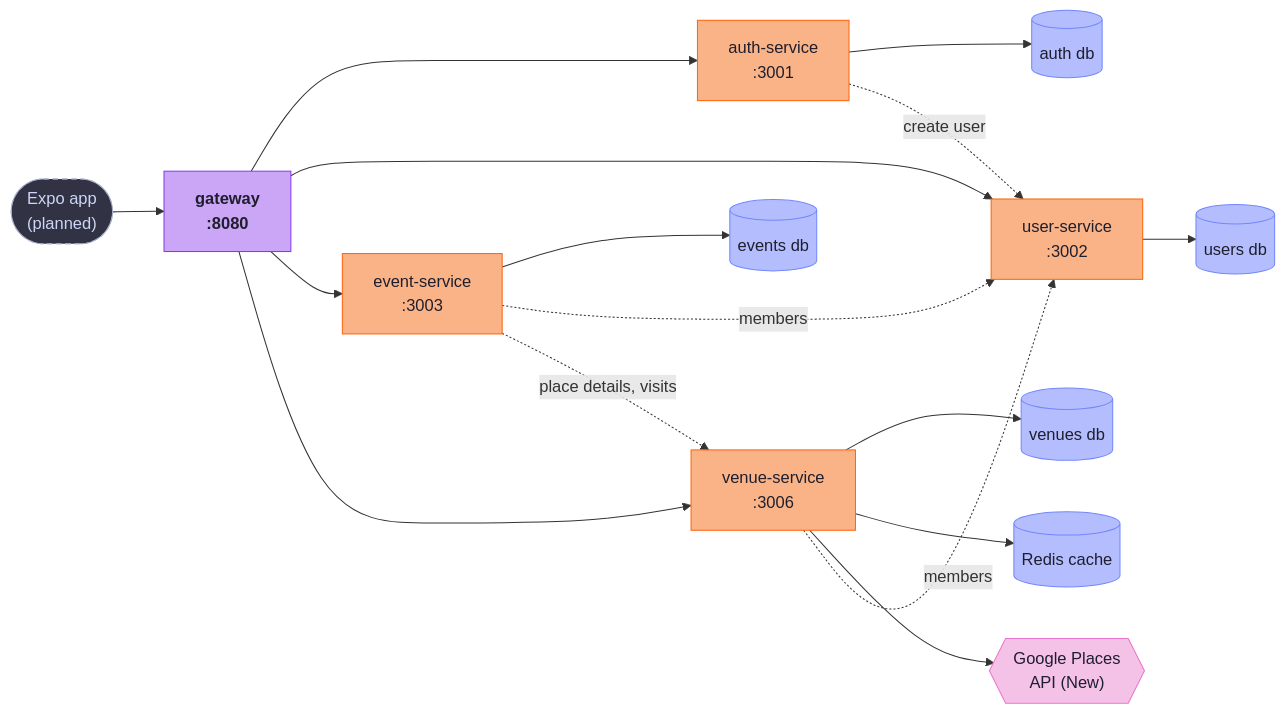
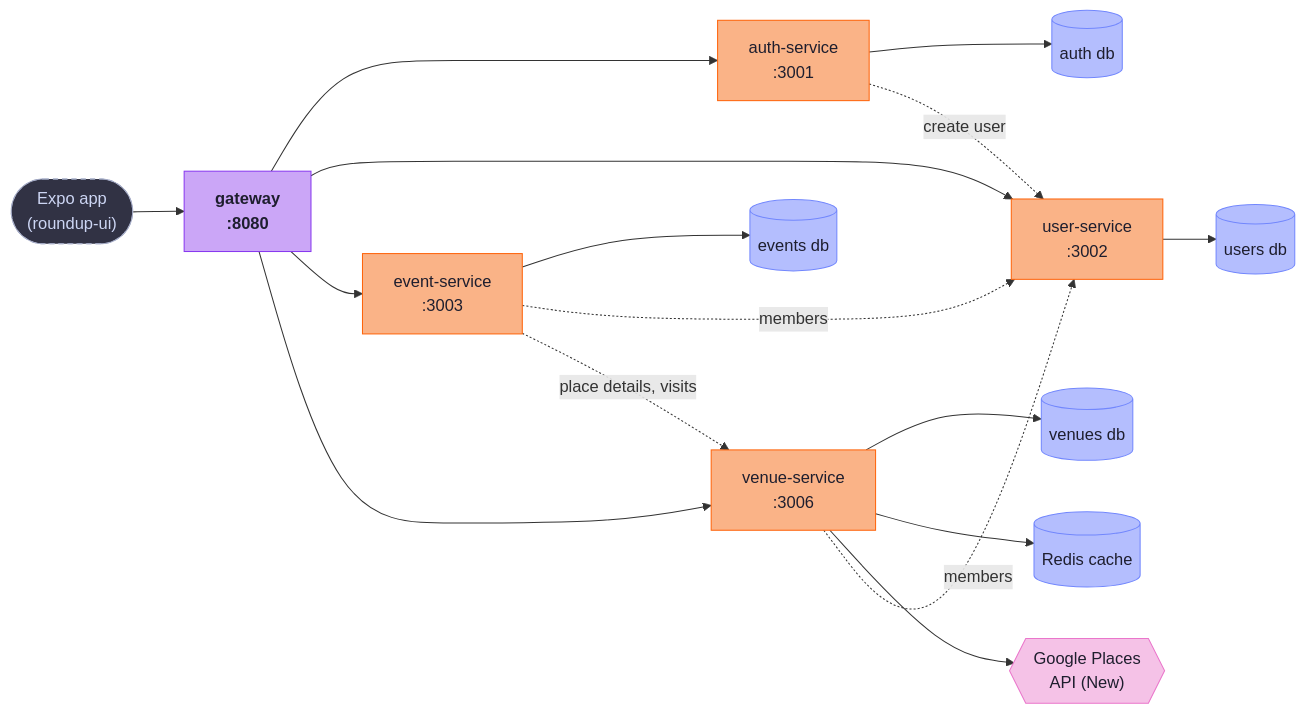
Before and after one commit to SamPariat/roundup: the first of 2 diagrams in README.md, drawn with Mermaid. The commit also changed other lines of this file and 4 other files, not shown here.

````diff
--- a/README.md
+++ b/README.md
@@ -49,28 +49,28 @@
 ```mermaid
 flowchart LR
-    app(["Expo app<br/>(planned)"]):::planned --> gw
+    app(["Expo app<br/>(roundup-ui)"]):::planned --> gw
     gw["gateway<br/>:8080"]:::gateway
 
     gw --> auth["auth-service<br/>:3001"]:::live
     gw --> user["user-service<br/>:3002"]:::live
     gw --> event["event-service<br/>:3003"]:::live
     gw --> venue["venue-service<br/>:3006"]:::live
 
     auth --> authdb[("auth db")]:::db
     user --> userdb[("users db")]:::db
     event --> eventdb[("events db")]:::db
     venue --> venuedb[("venues db")]:::db
     venue --> redis[("Redis cache")]:::db
     venue --> places{{"Google Places<br/>API (New)"}}:::external
 
     auth -. "create user" .-> user
     event -. "members" .-> user
     event -. "place details, visits" .-> venue
     venue -. "members" .-> user
 
     classDef gateway fill:#cba6f7,stroke:#8839ef,color:#1e1e2e,font-weight:bold
     classDef live fill:#fab387,stroke:#fe640b,color:#1e1e2e
     classDef db fill:#b4befe,stroke:#7287fd,color:#1e1e2e
     classDef external fill:#f5c2e7,stroke:#ea76cb,color:#1e1e2e
     classDef planned fill:#313244,stroke:#a6adc8,color:#cdd6f4,stroke-dasharray:5 4
 ```
````
